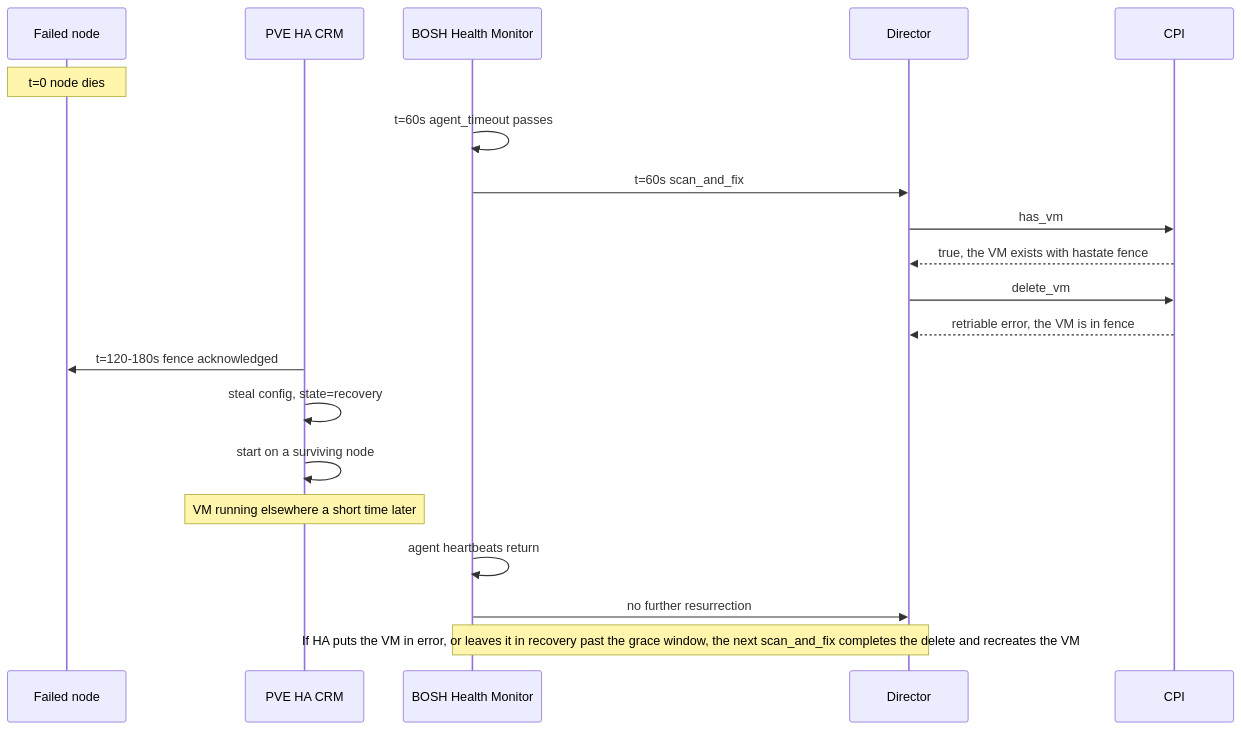
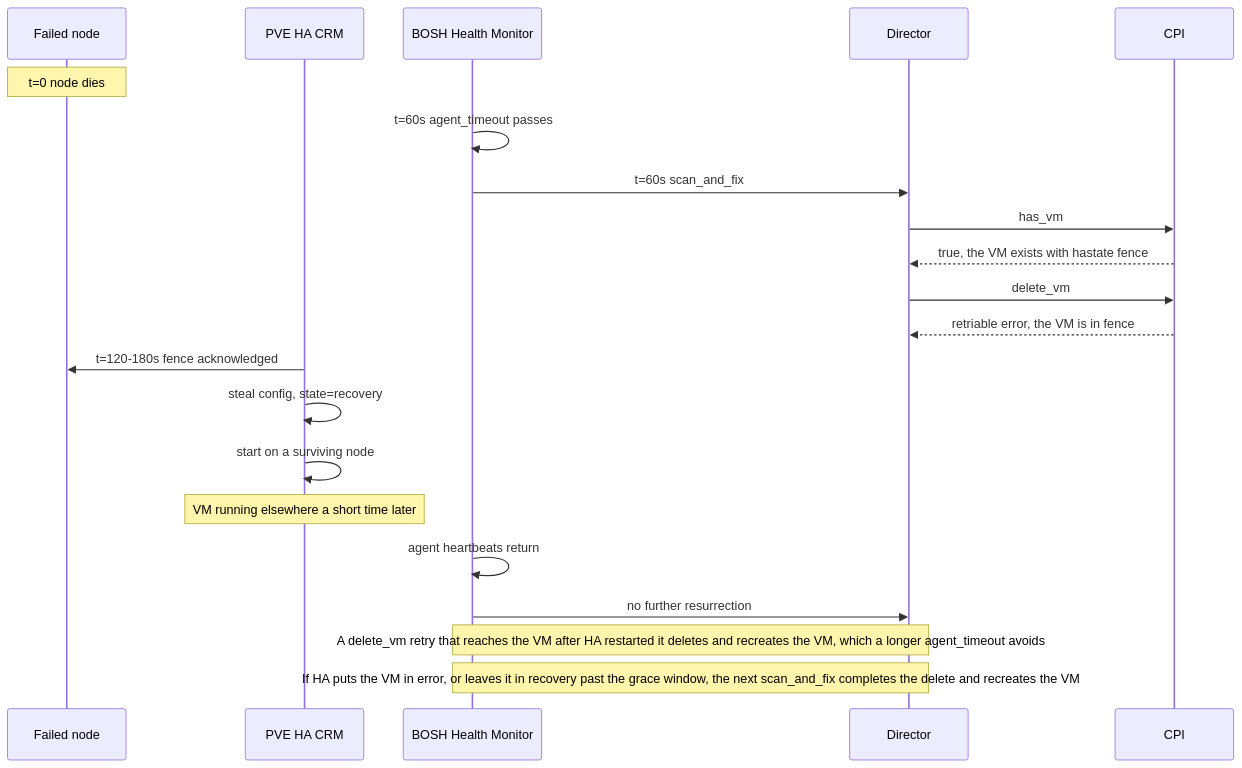
One commit to fivetwenty-io/bosh-proxmox-cpi-release changed the diagram in docs/ha-and-resurrection.md. Above: the diagram before and after it, drawn with Mermaid. The commit also changed other lines of this file and 9 other files, not shown here.

First line of the commit message:
docs(ha): recommend an agent_timeout above the HA recovery time

````diff
--- a/docs/ha-and-resurrection.md
+++ b/docs/ha-and-resurrection.md
@@ -131,22 +131,23 @@
 ```mermaid
 sequenceDiagram
     participant N as Failed node
     participant HA as PVE HA CRM
     participant HM as BOSH Health Monitor
     participant D as Director
     participant C as CPI
     Note over N: t=0 node dies
     HM->>HM: t=60s agent_timeout passes
     HM->>D: t=60s scan_and_fix
     D->>C: has_vm
     C-->>D: true, the VM exists with hastate fence
     D->>C: delete_vm
     C-->>D: retriable error, the VM is in fence
     HA->>N: t=120-180s fence acknowledged
     HA->>HA: steal config, state=recovery
     HA->>HA: start on a surviving node
     Note over HA: VM running elsewhere a short time later
     HM->>HM: agent heartbeats return
     HM->>D: no further resurrection
+    Note over HM,D: A delete_vm retry that reaches the VM after HA restarted it deletes and recreates the VM, which a longer agent_timeout avoids
     Note over HM,D: If HA puts the VM in error, or leaves it in recovery past the grace window, the next scan_and_fix completes the delete and recreates the VM
 ```
````
